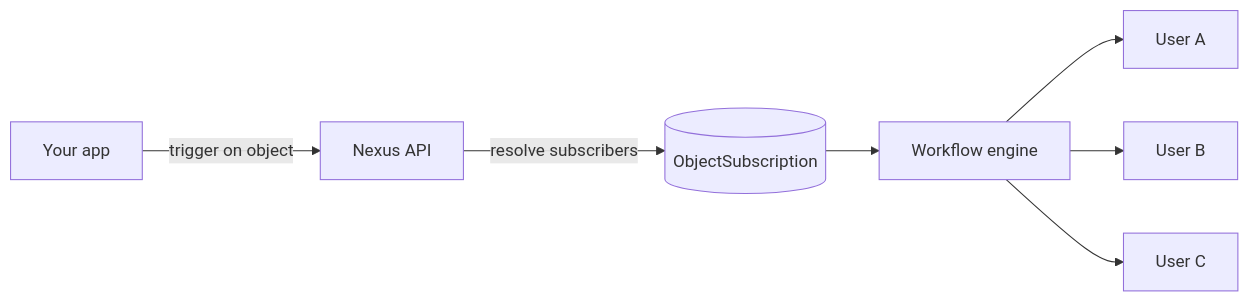
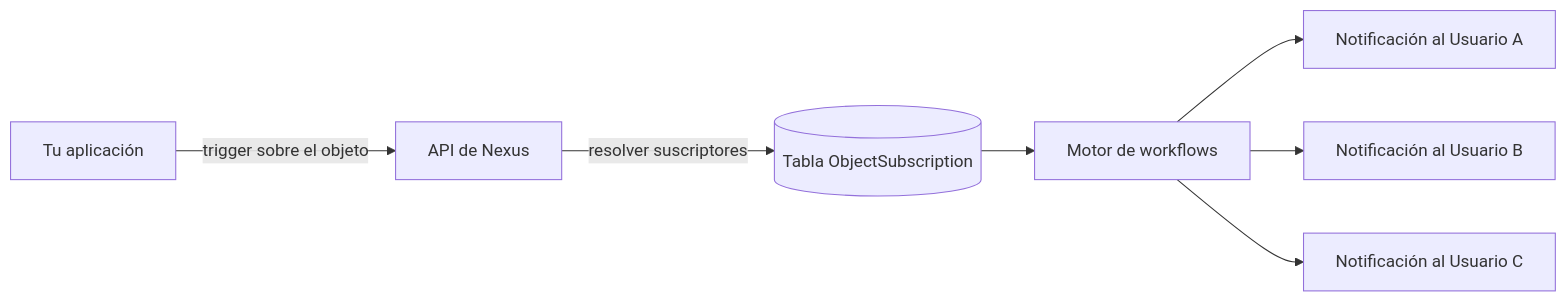
The diagram in content/docs/es/platform/features/objects-subscriptions.mdx (KriyanshKhunt/nexus_docs), drawn with Mermaid before and after one commit. The commit also changed other lines of this file and 29 other files, not shown here.

````diff
--- a/content/docs/es/platform/features/objects-subscriptions.mdx
+++ b/content/docs/es/platform/features/objects-subscriptions.mdx
@@ -12,9 +20,9 @@
 ```mermaid
 flowchart LR
-  App[Your app] -->|trigger on object| Nexus[Nexus API]
-  Nexus -->|resolve subscribers| DB[(ObjectSubscription)]
-  DB --> W[Workflow engine]
-  W --> U1[User A]
-  W --> U2[User B]
-  W --> U3[User C]
+  App[Tu aplicación] -->|trigger sobre el objeto| Nexus[API de Nexus]
+  Nexus -->|resolver suscriptores| DB[(Tabla ObjectSubscription)]
+  DB --> W[Motor de workflows]
+  W --> U1[Notificación al Usuario A]
+  W --> U2[Notificación al Usuario B]
+  W --> U3[Notificación al Usuario C]
 ```
````
